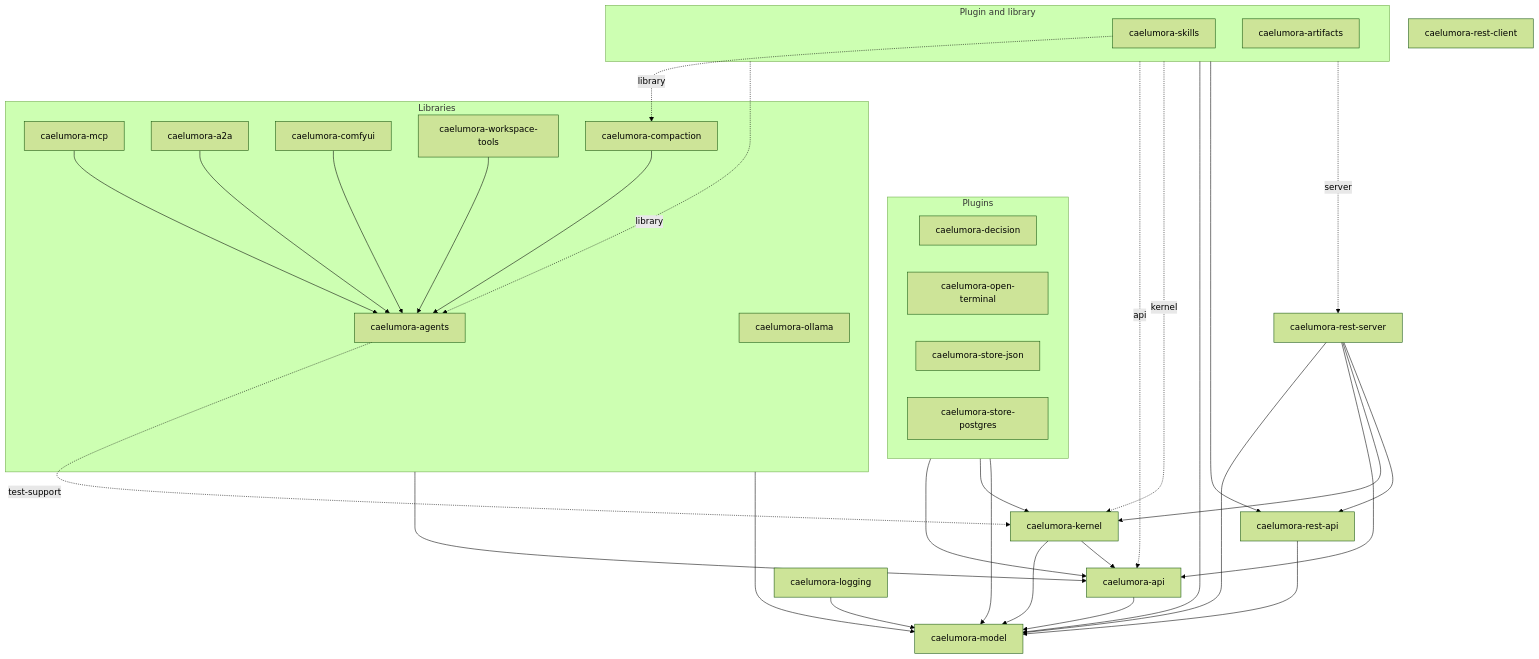
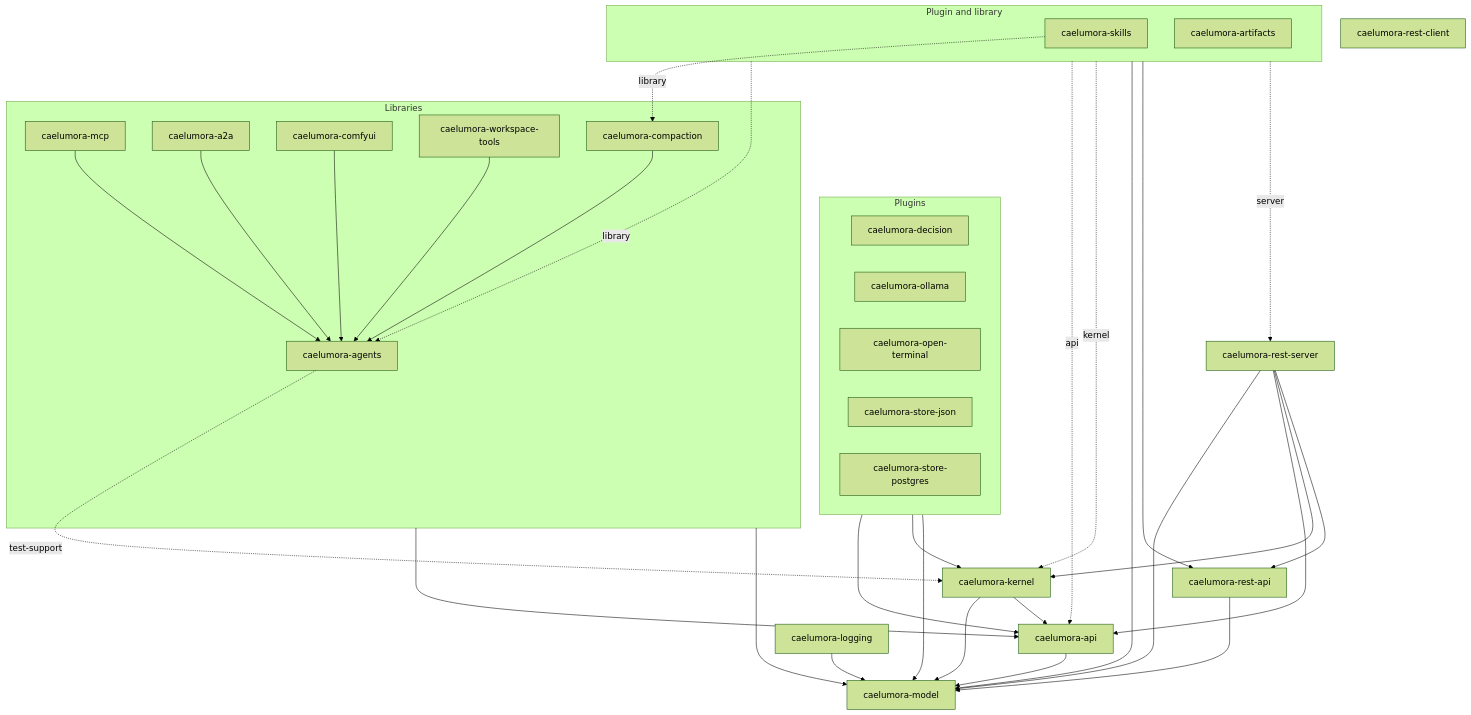
Before and after one commit to dimajix/caelumora: the diagram in docs/CRATES.md, drawn with Mermaid (forest theme). The commit also changed other lines of this file and 50 other files, not shown here.

````diff
--- a/docs/CRATES.md
+++ b/docs/CRATES.md
@@ -16,51 +16,51 @@
 ```mermaid
 flowchart TD
     subgraph both["Plugin and library"]
         skills["caelumora-skills"]
         artifacts["caelumora-artifacts"]
     end
 
     subgraph plugins["Plugins"]
         decision["caelumora-decision"]
+        ollama["caelumora-ollama"]
         open_terminal["caelumora-open-terminal"]
         store_json["caelumora-store-json"]
         store_postgres["caelumora-store-postgres"]
     end
 
     subgraph libraries["Libraries"]
         agents["caelumora-agents"]
         mcp["caelumora-mcp"]
         a2a["caelumora-a2a"]
-        ollama["caelumora-ollama"]
         comfyui["caelumora-comfyui"]
         workspace_tools["caelumora-workspace-tools"]
         compaction["caelumora-compaction"]
     end
 
     api["caelumora-api"]
     kernel["caelumora-kernel"]
     logging["caelumora-logging"]
     model["caelumora-model"]
     rest_api["caelumora-rest-api"]
     rest_client["caelumora-rest-client"]
     rest_server["caelumora-rest-server"]
 
     both -. "library" .-> agents
     both -. "api" .-> api
     skills -. "library" .-> compaction
     both -. "kernel" .-> kernel
     both --> model
     both --> rest_api
     both -. "server" .-> rest_server
     plugins --> api
     plugins --> kernel
     plugins --> model
     a2a & comfyui & compaction & mcp & workspace_tools --> agents
     libraries --> api
     agents -. "test-support" .-> kernel
     libraries --> model
     api & kernel & logging & rest_api & rest_server --> model
     kernel & rest_server --> api
     rest_server --> kernel
     rest_server --> rest_api
 ```
````
